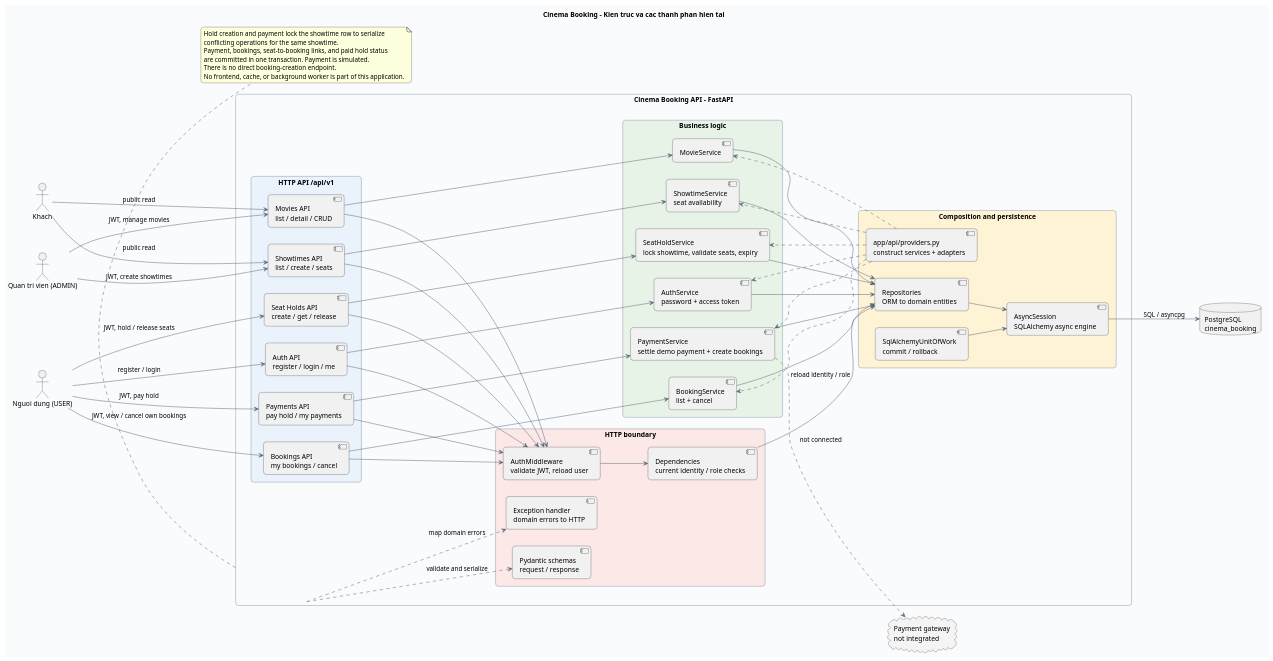
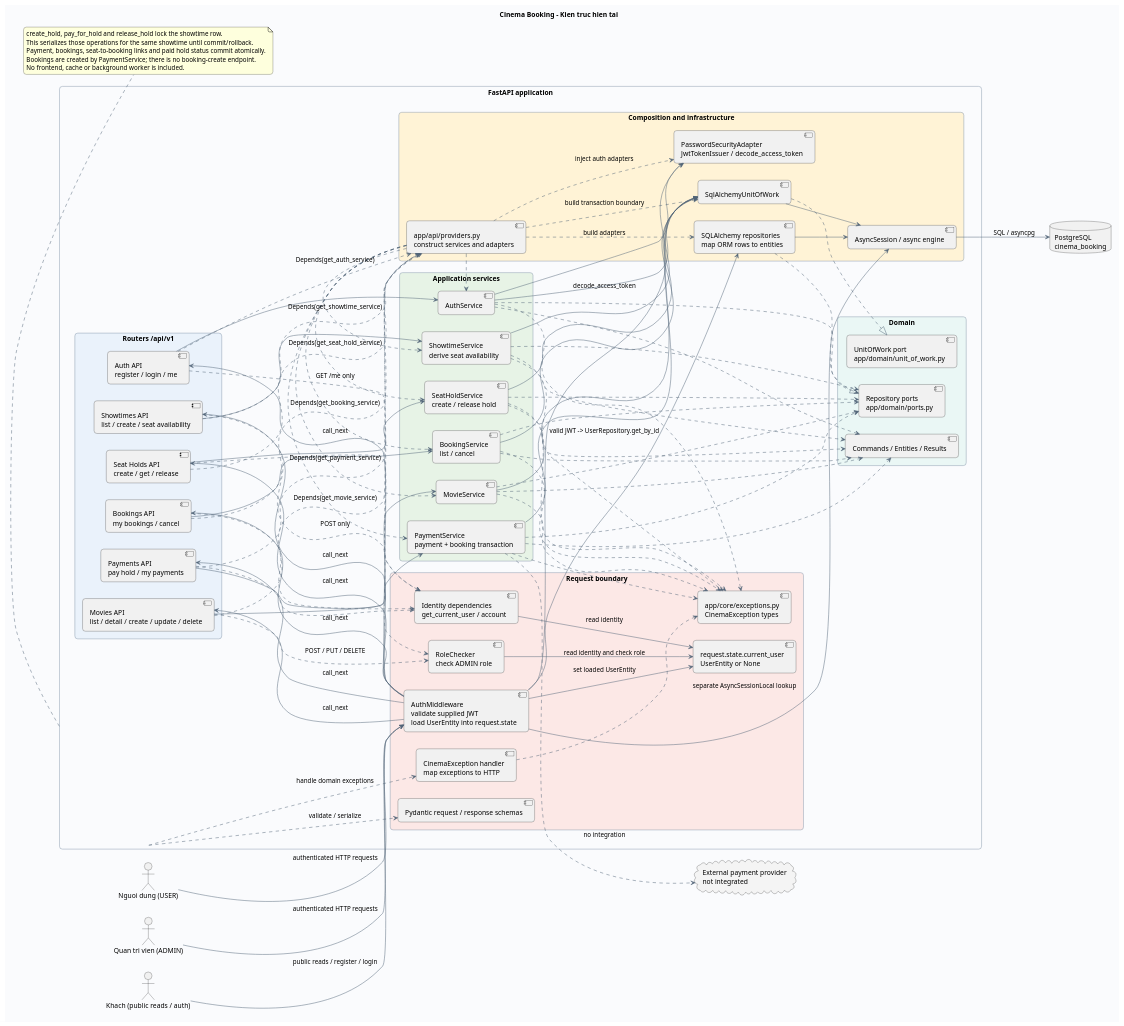
The first of 2 diagrams in docs/diagrams/architecture.puml (tuanduy010806/Cinema-Booking), drawn with PlantUML before and after one commit. The commit also changed other lines of this file and 7 other files, not shown here.

Commit message:
Align diagrams and auth role check with current system

```diff
--- a/docs/diagrams/architecture.puml
+++ b/docs/diagrams/architecture.puml
@@ -1,104 +1,152 @@
 @startuml
-title Cinema Booking - Kien truc va cac thanh phan hien tai
+title Cinema Booking - Kien truc hien tai
 left to right direction
 skinparam backgroundColor #FAFBFD
 skinparam shadowing false
 skinparam roundcorner 12
 skinparam packageStyle rectangle
 skinparam defaultFontName Arial
 skinparam ArrowColor #526579
 skinparam packageBorderColor #8A9BAD
 
-actor "Khach" as Guest
+actor "Khach (public reads / auth)" as Guest
 actor "Nguoi dung (USER)" as User
 actor "Quan tri vien (ADMIN)" as Admin
 
-rectangle "Cinema Booking API - FastAPI" as API {
-  package "HTTP API /api/v1" #EAF2FB {
+rectangle "FastAPI application" as App {
+  package "Routers /api/v1" #EAF2FB {
     component "Auth API\nregister / login / me" as AuthAPI
-    component "Movies API\nlist / detail / CRUD" as MovieAPI
-    component "Showtimes API\nlist / create / seats" as ShowtimeAPI
+    component "Movies API\nlist / detail / create / update / delete" as MovieAPI
+    component "Showtimes API\nlist / create / seat availability" as ShowtimeAPI
     component "Seat Holds API\ncreate / get / release" as HoldAPI
     component "Payments API\npay hold / my payments" as PaymentAPI
     component "Bookings API\nmy bookings / cancel" as BookingAPI
   }
 
-  package "HTTP boundary" #FCE8E6 {
-    component "AuthMiddleware\nvalidate JWT, reload user" as AuthMiddleware
-    component "Dependencies\ncurrent identity / role checks" as Dependencies
-    component "Pydantic schemas\nrequest / response" as Schemas
-    component "Exception handler\ndomain errors to HTTP" as ErrorHandler
+  package "Request boundary" #FCE8E6 {
+    component "AuthMiddleware\nvalidate supplied JWT\nload UserEntity into request.state" as AuthMiddleware
+    component "request.state.current_user\nUserEntity or None" as RequestUser
+    component "Identity dependencies\nget_current_user / account" as IdentityDeps
+    component "RoleChecker\ncheck ADMIN role" as RoleChecker
+    component "Pydantic request / response schemas" as Schemas
+    component "CinemaException handler\nmap exceptions to HTTP" as ErrorHandler
+    component "app/core/exceptions.py\nCinemaException types" as DomainErrors
   }
 
-  package "Business logic" #E7F3E6 {
-    component "AuthService\npassword + access token" as AuthService
+  package "Application services" #E7F3E6 {
+    component "AuthService" as AuthService
     component "MovieService" as MovieService
-    component "ShowtimeService\nseat availability" as ShowtimeService
-    component "SeatHoldService\nlock showtime, validate seats, expiry" as HoldService
-    component "PaymentService\nsettle demo payment + create bookings" as PaymentService
-    component "BookingService\nlist + cancel" as BookingService
+    component "ShowtimeService\nderive seat availability" as ShowtimeService
+    component "SeatHoldService\ncreate / release hold" as HoldService
+    component "PaymentService\npayment + booking transaction" as PaymentService
+    component "BookingService\nlist / cancel" as BookingService
   }
 
-  package "Composition and persistence" #FFF3D6 {
-    component "app/api/providers.py\nconstruct services + adapters" as Providers
-    component "Repositories\nORM to domain entities" as Repositories
-    component "SqlAlchemyUnitOfWork\ncommit / rollback" as UoW
-    component "AsyncSession\nSQLAlchemy async engine" as Session
+  package "Domain" #EAF7F5 {
+    component "Commands / Entities / Results" as DomainTypes
+    component "Repository ports\napp/domain/ports.py" as RepositoryPorts
+    component "UnitOfWork port\napp/domain/unit_of_work.py" as UoWPort
+  }
+
+package "Composition and infrastructure" #FFF3D6 {
+    component "app/api/providers.py\nconstruct services and adapters" as Providers
+    component "SQLAlchemy repositories\nmap ORM rows to entities" as Repositories
+    component "SqlAlchemyUnitOfWork" as UoW
+    component "AsyncSession / async engine" as Session
+    component "PasswordSecurityAdapter\nJwtTokenIssuer / decode_access_token" as SecurityAdapters
   }
 }
 
 database "PostgreSQL\ncinema_booking" as DB
-cloud "Payment gateway\nnot integrated" as Gateway #F4F4F4
+cloud "External payment provider\nnot integrated" as Gateway #F4F4F4
 
-Guest --> MovieAPI : public read
-Guest --> ShowtimeAPI : public read
-User --> AuthAPI : register / login
-User --> HoldAPI : JWT, hold / release seats
-User --> PaymentAPI : JWT, pay hold
-User --> BookingAPI : JWT, view / cancel own bookings
-Admin --> MovieAPI : JWT, manage movies
-Admin --> ShowtimeAPI : JWT, create showtimes
-
-AuthAPI --> AuthMiddleware
-MovieAPI --> AuthMiddleware
-ShowtimeAPI --> AuthMiddleware
-HoldAPI --> AuthMiddleware
-PaymentAPI --> AuthMiddleware
-BookingAPI --> AuthMiddleware
-AuthMiddleware --> Dependencies
-Dependencies --> Repositories : reload identity / role
-API ..> Schemas : validate and serialize
-API ..> ErrorHandler : map domain errors
+Guest --> AuthMiddleware : public reads / register / login
+User --> AuthMiddleware : authenticated HTTP requests
+Admin --> AuthMiddleware : authenticated HTTP requests
+AuthMiddleware --> AuthAPI : call_next
+AuthMiddleware --> MovieAPI : call_next
+AuthMiddleware --> ShowtimeAPI : call_next
+AuthMiddleware --> HoldAPI : call_next
+AuthMiddleware --> PaymentAPI : call_next
+AuthMiddleware --> BookingAPI : call_next
+AuthMiddleware --> Repositories : valid JWT -> UserRepository.get_by_id
+AuthMiddleware --> RequestUser : set loaded UserEntity
+IdentityDeps --> RequestUser : read identity
+RoleChecker --> RequestUser : read identity and check role
+AuthAPI ..> IdentityDeps : GET /me only
+MovieAPI ..> RoleChecker : POST / PUT / DELETE
+ShowtimeAPI ..> RoleChecker : POST only
+HoldAPI ..> IdentityDeps
+PaymentAPI ..> IdentityDeps
+BookingAPI ..> IdentityDeps
+App ..> Schemas : validate / serialize
+App ..> ErrorHandler : handle domain exceptions
+ErrorHandler ..> DomainErrors
 
 AuthAPI --> AuthService
 MovieAPI --> MovieService
 ShowtimeAPI --> ShowtimeService
 HoldAPI --> HoldService
 PaymentAPI --> PaymentService
 BookingAPI --> BookingService
+
 Providers ..> AuthService
 Providers ..> MovieService
 Providers ..> ShowtimeService
 Providers ..> HoldService
 Providers ..> PaymentService
 Providers ..> BookingService
-AuthService --> Repositories
-MovieService --> Repositories
-ShowtimeService --> Repositories
-HoldService --> Repositories
-PaymentService --> Repositories
-BookingService --> Repositories
+AuthAPI ..> Providers : Depends(get_auth_service)
+MovieAPI ..> Providers : Depends(get_movie_service)
+ShowtimeAPI ..> Providers : Depends(get_showtime_service)
+HoldAPI ..> Providers : Depends(get_seat_hold_service)
+PaymentAPI ..> Providers : Depends(get_payment_service)
+BookingAPI ..> Providers : Depends(get_booking_service)
+Providers ..> Repositories : build adapters
+Providers ..> UoW : build transaction boundary
+Providers ..> SecurityAdapters : inject auth adapters
+
+AuthService ..> DomainTypes
+MovieService ..> DomainTypes
+ShowtimeService ..> DomainTypes
+HoldService ..> DomainTypes
+PaymentService ..> DomainTypes
+BookingService ..> DomainTypes
+AuthService ..> RepositoryPorts
+MovieService ..> RepositoryPorts
+ShowtimeService ..> RepositoryPorts
+HoldService ..> RepositoryPorts
+PaymentService ..> RepositoryPorts
+BookingService ..> RepositoryPorts
+AuthService ..> DomainErrors
+MovieService ..> DomainErrors
+ShowtimeService ..> DomainErrors
+HoldService ..> DomainErrors
+PaymentService ..> DomainErrors
+BookingService ..> DomainErrors
+AuthService --> SecurityAdapters
+AuthMiddleware --> SecurityAdapters : decode_access_token
+
+AuthService --> UoW
+MovieService --> UoW
+ShowtimeService --> UoW
+HoldService --> UoW
+PaymentService --> UoW
+BookingService --> UoW
+
+Repositories ..|> RepositoryPorts
+UoW ..|> UoWPort
 Repositories --> Session
 UoW --> Session
+AuthMiddleware --> Session : separate AsyncSessionLocal lookup
 Session --> DB : SQL / asyncpg
-PaymentService ..> Gateway : not connected
+PaymentService ..> Gateway : no integration
 
-note bottom of API
-  Hold creation and payment lock the showtime row to serialize
-  conflicting operations for the same showtime.
-  Payment, bookings, seat-to-booking links, and paid hold status
-  are committed in one transaction. Payment is simulated.
-  There is no direct booking-creation endpoint.
-  No frontend, cache, or background worker is part of this application.
+note bottom of App
+  create_hold, pay_for_hold and release_hold lock the showtime row.
+  This serializes those operations for the same showtime until commit/rollback.
+  Payment, bookings, seat-to-booking links and paid hold status commit atomically.
+  Bookings are created by PaymentService; there is no booking-create endpoint.
+  No frontend, cache or background worker is included.
 end note
 @enduml
```
